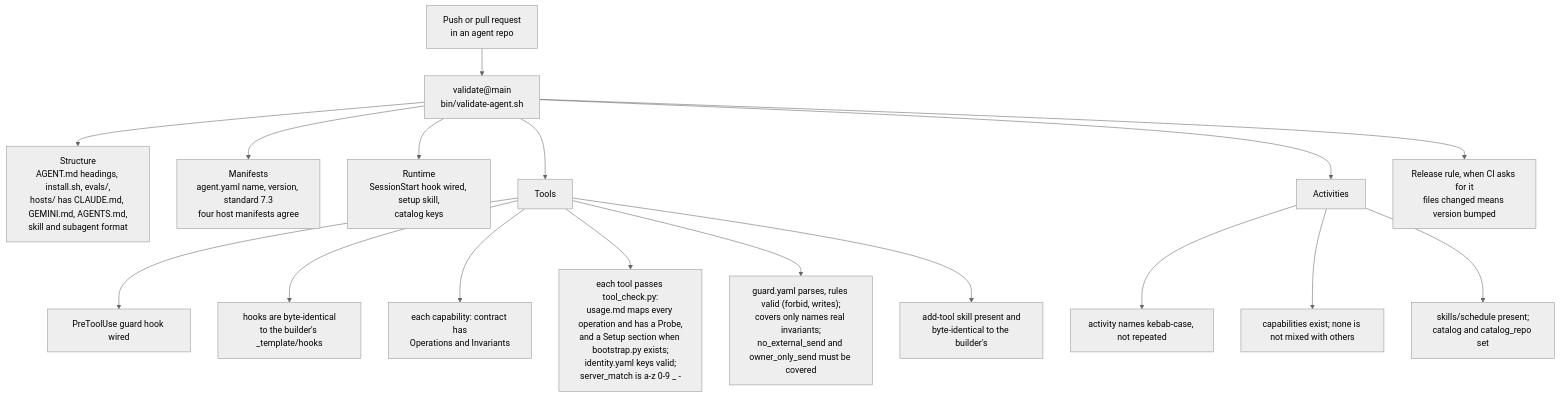
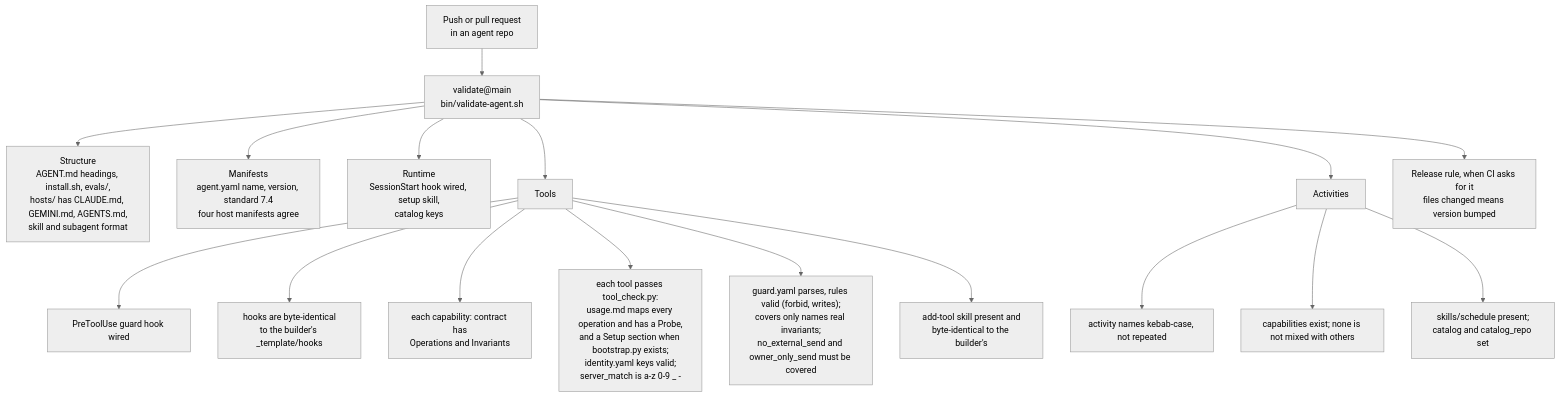
One commit to webspenser/agent-builder changed the second of 6 diagrams in docs/how-it-works.md. Above: the diagram before and after it, drawn with Mermaid (neutral theme). The commit also changed other lines of this file and 8 other files, not shown here.

````diff
--- a/docs/how-it-works.md
+++ b/docs/how-it-works.md
@@ -206,19 +206,19 @@
 ```mermaid
 flowchart TD
   S["Push or pull request<br/>in an agent repo"] --> V["validate@main<br/>bin/validate-agent.sh"]
   V --> ST["Structure<br/>AGENT.md headings, install.sh, evals/,<br/>hosts/ has CLAUDE.md, GEMINI.md, AGENTS.md,<br/>skill and subagent format"]
-  V --> MF["Manifests<br/>agent.yaml name, version, standard 7.3<br/>four host manifests agree"]
+  V --> MF["Manifests<br/>agent.yaml name, version, standard 7.4<br/>four host manifests agree"]
   V --> RT["Runtime<br/>SessionStart hook wired, setup skill,<br/>catalog keys"]
   V --> TL["Tools"]
   V --> AC["Activities"]
   V --> BU["Release rule, when CI asks for it<br/>files changed means version bumped"]
   TL --> T1["PreToolUse guard hook wired"]
   TL --> T2["hooks are byte-identical<br/>to the builder's _template/hooks"]
   TL --> T3["each capability: contract has<br/>Operations and Invariants"]
   TL --> T4["each tool passes tool_check.py:<br/>usage.md maps every operation and has a Probe,<br/>and a Setup section when bootstrap.py exists;<br/>identity.yaml keys valid;<br/>server_match is a-z 0-9 _ -"]
   TL --> T5["guard.yaml parses, rules valid (forbid, writes);<br/>covers only names real invariants;<br/>no_external_send and owner_only_send must be covered"]
   TL --> T6["add-tool skill present and<br/>byte-identical to the builder's"]
   AC --> A1["activity names kebab-case, not repeated"]
   AC --> A2["capabilities exist; none is not mixed with others"]
   AC --> A3["skills/schedule present;<br/>catalog and catalog_repo set"]
 ```
````
